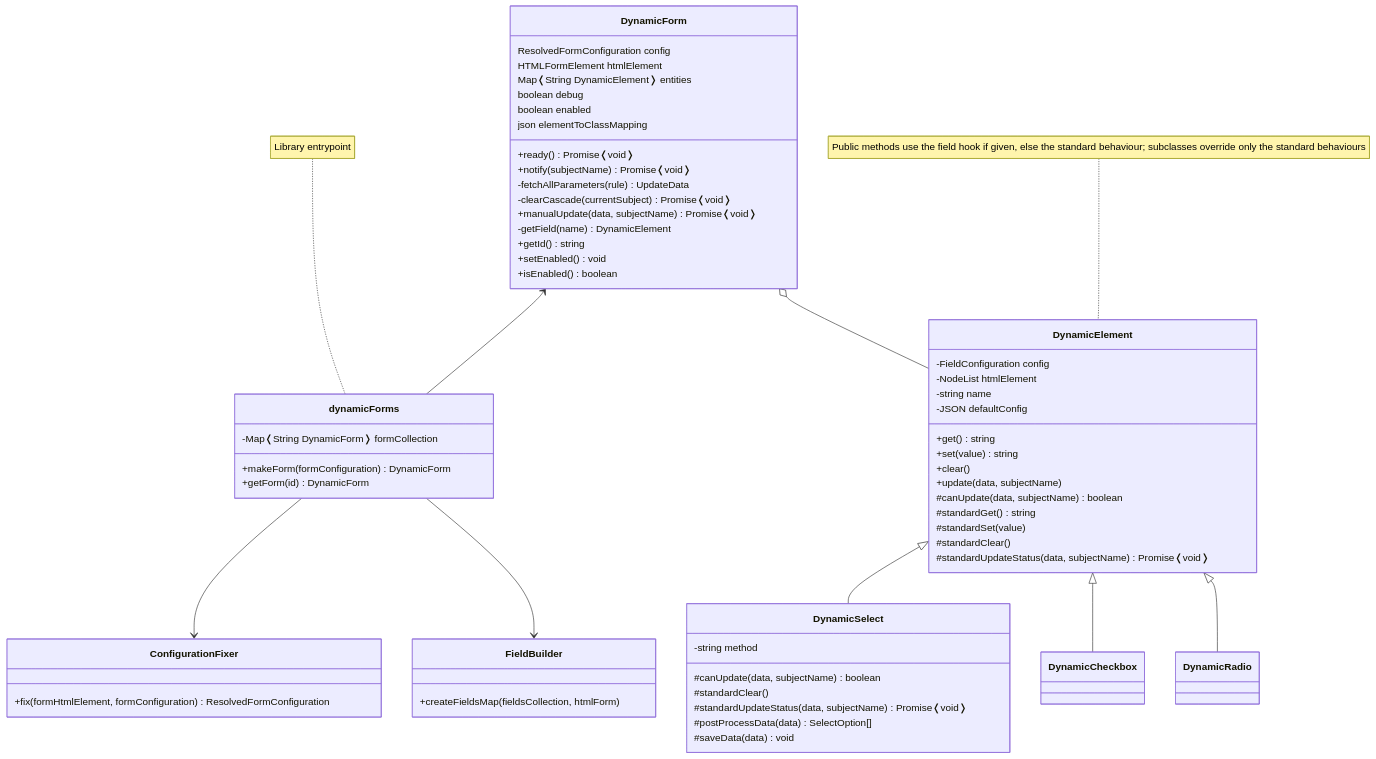
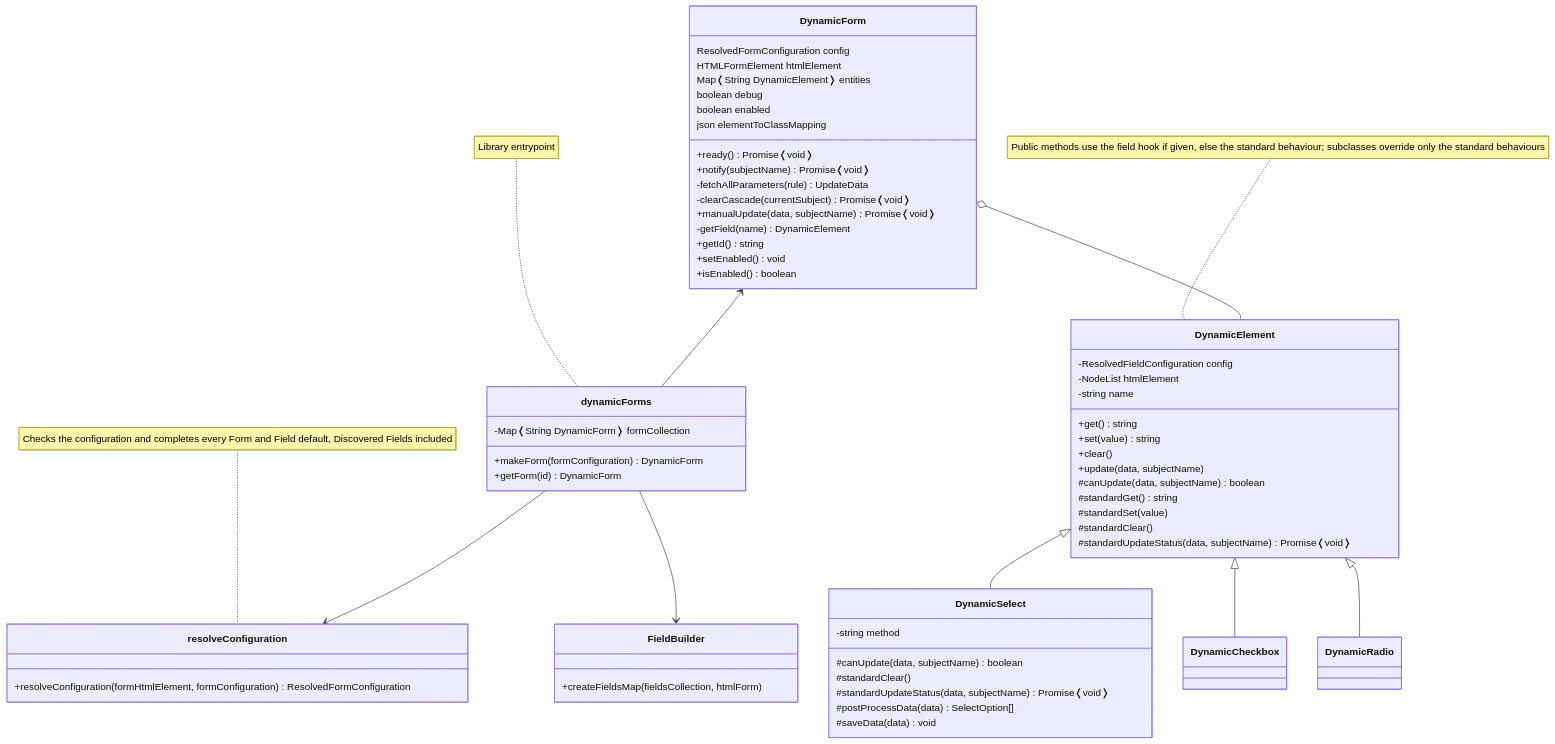
The diagram in docs/dev/contribute.md (simomosi/dynamic-forms), drawn with Mermaid before and after one commit. The commit also changed 14 other files, not shown here.

First line of the commit message:
Resolve the configuration in one place and reject unknown field names

````diff
--- a/docs/dev/contribute.md
+++ b/docs/dev/contribute.md
@@ -41,76 +41,77 @@
 ```mermaid
 classDiagram
 
     class DynamicForm {
         ResolvedFormConfiguration config
         HTMLFormElement htmlElement
         Map❬String DynamicElement❭ entities
         boolean debug
         boolean enabled
         json elementToClassMapping
 
         +ready() Promise❬void❭
         +notify(subjectName) Promise❬void❭
         -fetchAllParameters(rule) UpdateData
         -clearCascade(currentSubject) Promise❬void❭
         +manualUpdate(data, subjectName) Promise❬void❭
         -getField(name) DynamicElement
         +getId() string
         +setEnabled() void
         +isEnabled() boolean
     }
 
     class dynamicForms {
         -Map❬String DynamicForm❭ formCollection
         +makeForm(formConfiguration) DynamicForm
         +getForm(id) DynamicForm
     }
 
     note for dynamicForms "Library entrypoint"
 
-    class ConfigurationFixer {
-        +fix(formHtmlElement, formConfiguration) ResolvedFormConfiguration
+    class resolveConfiguration {
+        +resolveConfiguration(formHtmlElement, formConfiguration) ResolvedFormConfiguration
     }
+
+    note for resolveConfiguration "Checks the configuration and completes every Form and Field default, Discovered Fields included"
 
     class FieldBuilder {
         +createFieldsMap(fieldsCollection, htmlForm)
     }
 
     class DynamicElement {
-        -FieldConfiguration config
+        -ResolvedFieldConfiguration config
         -NodeList htmlElement
         -string name
-        -JSON defaultConfig
         +get() string
         +set(value) string
         +clear()
         +update(data, subjectName)
         #canUpdate(data, subjectName) boolean
         #standardGet() string
         #standardSet(value)
         #standardClear()
         #standardUpdateStatus(data, subjectName) Promise❬void❭
     }
 
     note for DynamicElement "Public methods use the field hook if given, else the standard behaviour; subclasses override only the standard behaviours"
 
     class DynamicSelect {
         -string method
         #canUpdate(data, subjectName) boolean
         #standardClear()
         #standardUpdateStatus(data, subjectName) Promise❬void❭
         #postProcessData(data) SelectOption[]
         #saveData(data) void
     }
 
-    dynamicForms --> ConfigurationFixer
+    dynamicForms --> resolveConfiguration
     dynamicForms --> FieldBuilder
 
     DynamicForm <-- dynamicForms
     DynamicForm o-- DynamicElement
 
     DynamicElement <|-- DynamicSelect
     DynamicElement <|-- DynamicCheckbox
     DynamicElement <|-- DynamicRadio
 
 ```
````
